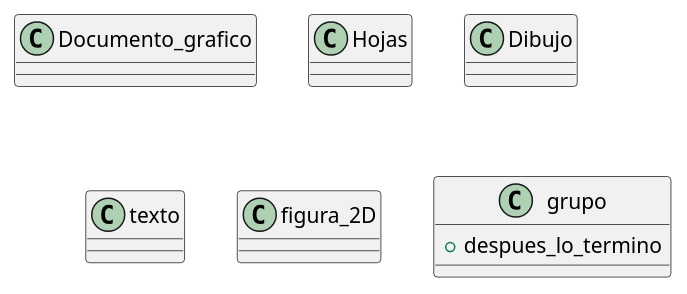
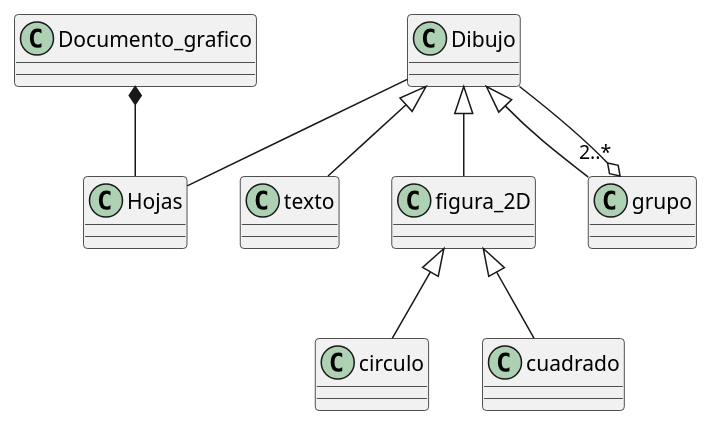
The diagram in docs/diagrams/b11grafico.plantuml (ValCicco/IS-022023), drawn with PlantUML before and after one commit. The commit also changed 9 other files, not shown here.

```diff
--- a/docs/diagrams/b11grafico.plantuml
+++ b/docs/diagrams/b11grafico.plantuml
@@ -1,21 +1,37 @@
 @startuml Documento grafico
 class Documento_grafico{
 
 }
 class Hojas{
 
 }
 class Dibujo{
 
 }
 class texto{
 
 }
 class figura_2D{
 
 }
 class grupo{
-    +despues_lo_termino
+    
+}
+class circulo{
+
+}
+class cuadrado{
+
 }
 
+Documento_grafico *-- Hojas
+Dibujo -- Hojas
+Dibujo <|-- texto
+Dibujo <|-- figura_2D
+Dibujo <|-- grupo
+grupo "2..*" o-- Dibujo
+figura_2D <|-- circulo
+figura_2D <|-- cuadrado
+
+
 @enduml
```
